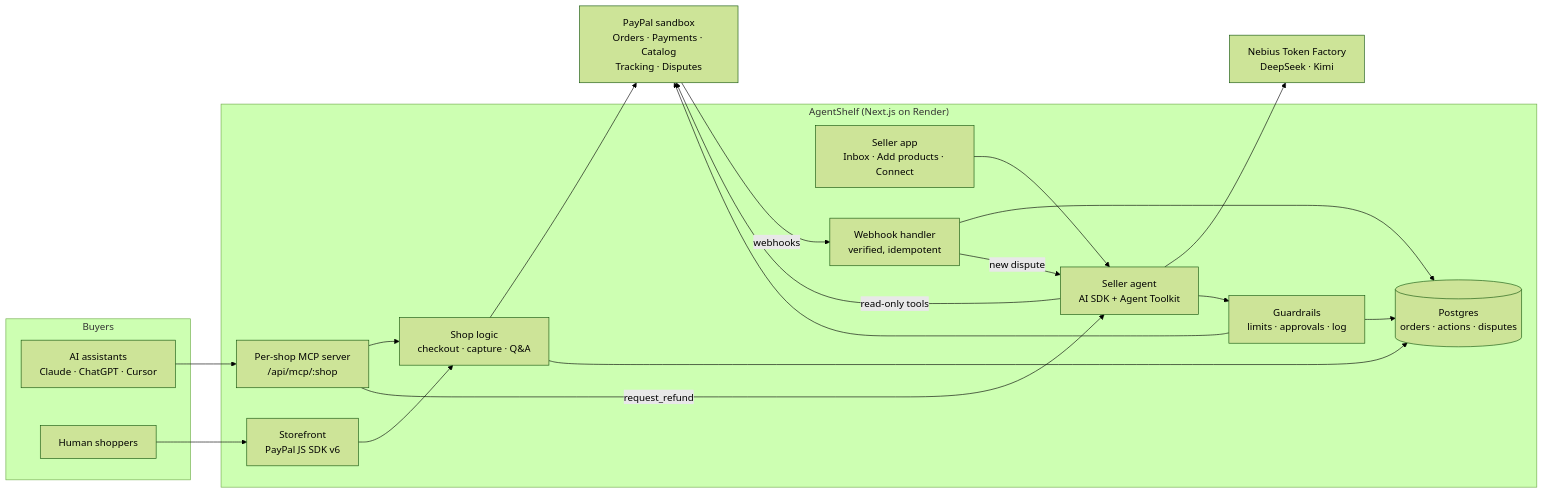
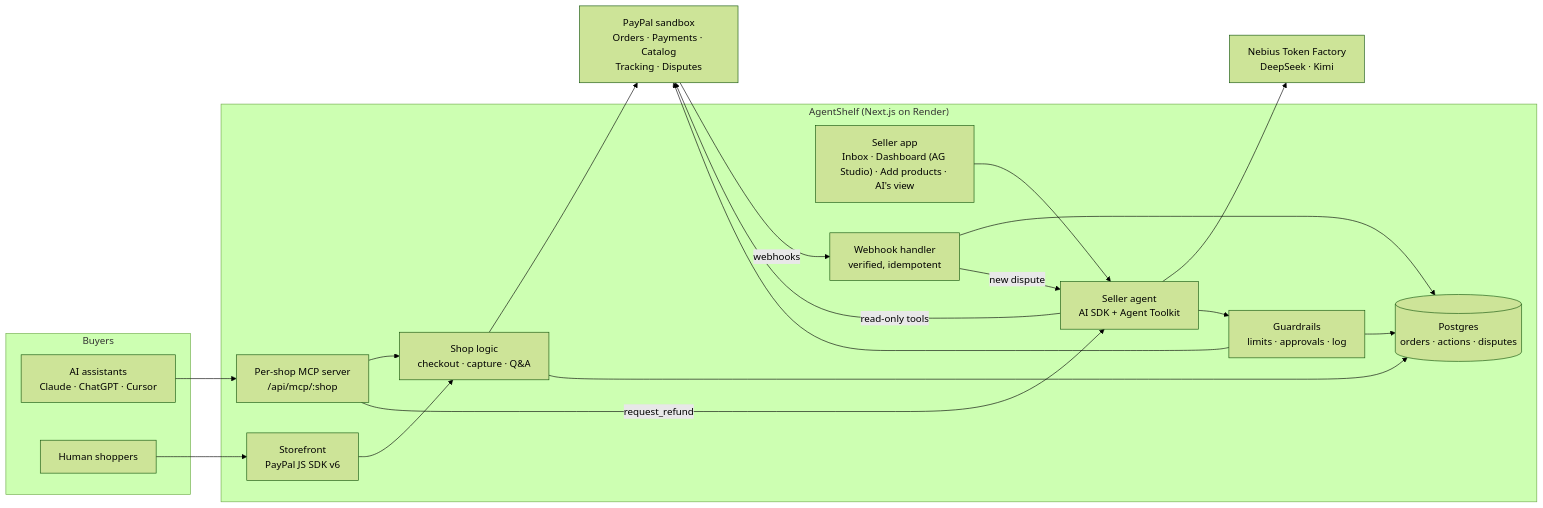
Before and after one commit to zaxcoraider/AgentShelf: the diagram in README.md, drawn with Mermaid (forest theme). The commit also changed other lines of this file and 1 other file, not shown here.

Commit message:
README: live Inbox, AG Studio dashboard, AI's view, photo credits; .env.example: AG Studio licence key

````diff
--- a/README.md
+++ b/README.md
@@ -63,32 +65,32 @@
 ```mermaid
 flowchart LR
   subgraph Buyers
     AI["AI assistants<br/>Claude · ChatGPT · Cursor"]
     H["Human shoppers"]
   end
   subgraph AgentShelf["AgentShelf (Next.js on Render)"]
     MCP["Per-shop MCP server<br/>/api/mcp/:shop"]
     SF["Storefront<br/>PayPal JS SDK v6"]
     SHOP["Shop logic<br/>checkout · capture · Q&A"]
     AGENT["Seller agent<br/>AI SDK + Agent Toolkit"]
     GUARD["Guardrails<br/>limits · approvals · log"]
-    UI["Seller app<br/>Inbox · Add products · Connect"]
+    UI["Seller app<br/>Inbox · Dashboard (AG Studio) · Add products · AI's view"]
     WH["Webhook handler<br/>verified, idempotent"]
     DB[("Postgres<br/>orders · actions · disputes")]
   end
   LLM["Nebius Token Factory<br/>DeepSeek · Kimi"]
   PP["PayPal sandbox<br/>Orders · Payments · Catalog<br/>Tracking · Disputes"]
 
   AI --> MCP --> SHOP
   H --> SF --> SHOP
   SHOP --> PP
   SHOP --> DB
   MCP -- request_refund --> AGENT
   UI --> AGENT
   AGENT --> LLM
   AGENT -- read-only tools --> PP
   AGENT --> GUARD --> PP
   GUARD --> DB
   PP -- webhooks --> WH --> DB
   WH -- new dispute --> AGENT
 ```
````
